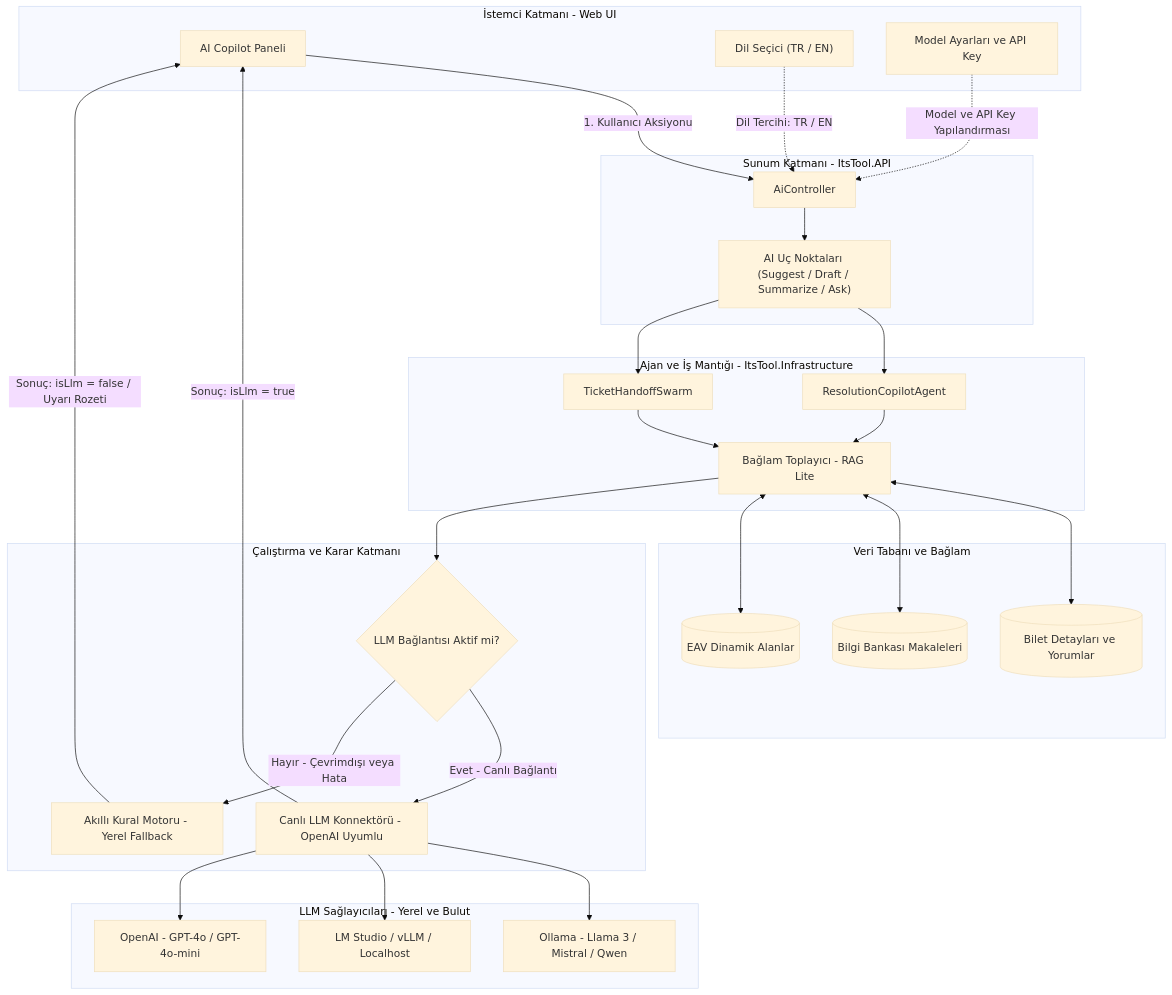
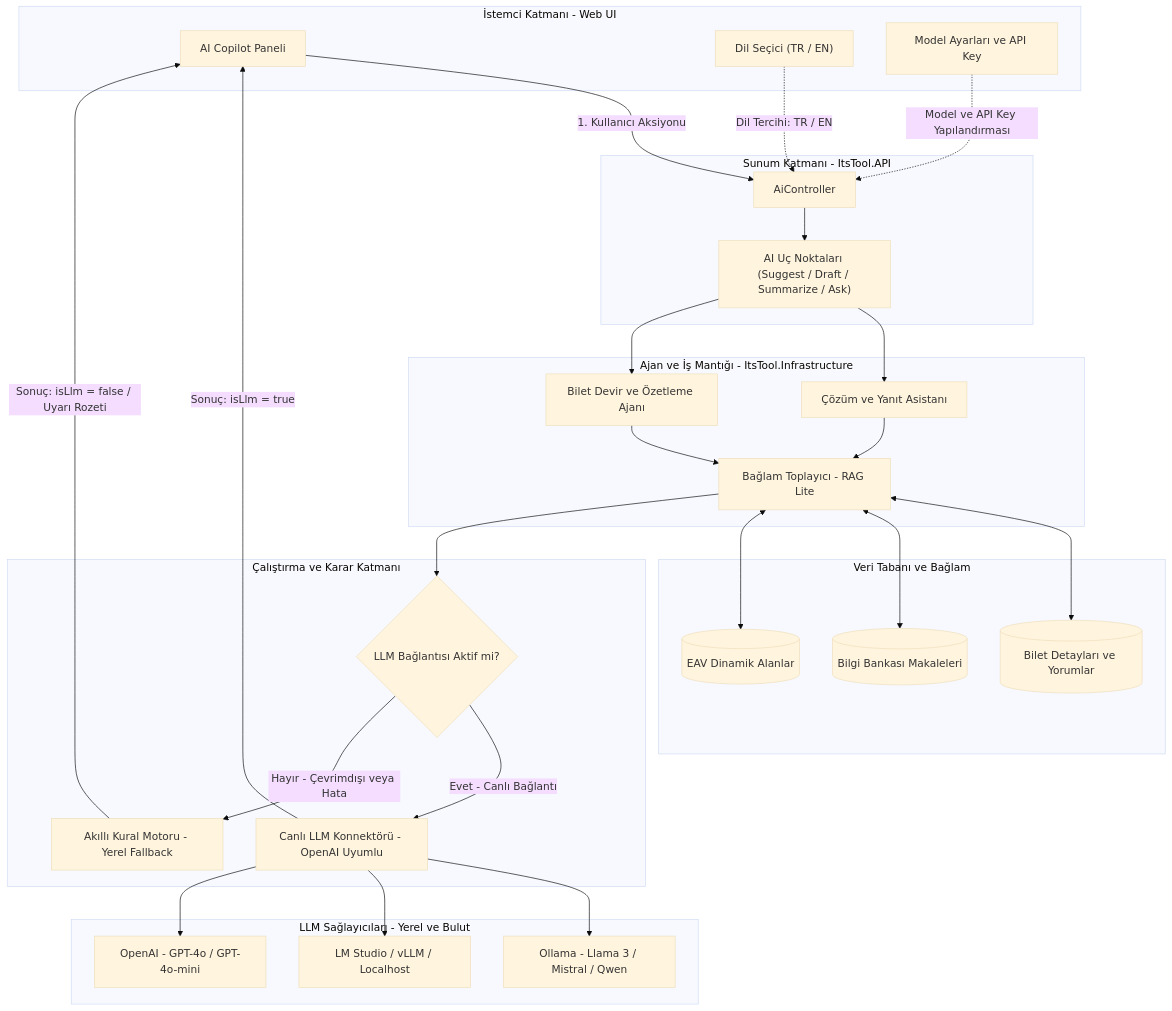
The second of 2 diagrams in README.md (Berkaybbayramoglu/dotnet-enterprise-itsm), drawn with Mermaid (base theme) before and after one commit. The commit also changed other lines of this file, not shown here.

````diff
--- a/README.md
+++ b/README.md
@@ -146,61 +146,61 @@
 ```mermaid
 flowchart TD
     subgraph Client ["İstemci Katmanı - Web UI"]
         Widget["AI Copilot Paneli"]
         LangSel["Dil Seçici (TR / EN)"]
         ModalSettings["Model Ayarları ve API Key"]
     end
 
     subgraph API ["Sunum Katmanı - ItsTool.API"]
         AiCtrl["AiController"]
         Endpoints["AI Uç Noktaları (Suggest / Draft / Summarize / Ask)"]
     end
 
     subgraph CoreAgents ["Ajan ve İş Mantığı - ItsTool.Infrastructure"]
-        Copilot["ResolutionCopilotAgent"]
-        HandoffSwarm["TicketHandoffSwarm"]
+        Copilot["Çözüm ve Yanıt Asistanı"]
+        HandoffSwarm["Bilet Devir ve Özetleme Ajanı"]
         ContextAggregator["Bağlam Toplayıcı - RAG Lite"]
     end
 
     subgraph DataContext ["Veri Tabanı ve Bağlam"]
         DB_Tickets[("Bilet Detayları ve Yorumlar")]
         DB_KB[("Bilgi Bankası Makaleleri")]
         DB_Custom[("EAV Dinamik Alanlar")]
     end
 
     subgraph ExecutionBridge ["Çalıştırma ve Karar Katmanı"]
         HealthCheck{"LLM Bağlantısı Aktif mi?"}
         LiveLLM["Canlı LLM Konnektörü - OpenAI Uyumlu"]
         HeuristicFallback["Akıllı Kural Motoru - Yerel Fallback"]
     end
 
     subgraph Providers ["LLM Sağlayıcıları - Yerel ve Bulut"]
         Ollama["Ollama - Llama 3 / Mistral / Qwen"]
         LMStudio["LM Studio / vLLM / Localhost"]
         OpenAI["OpenAI - GPT-4o / GPT-4o-mini"]
     end
 
     Widget -->|1. Kullanıcı Aksiyonu| AiCtrl
     LangSel -.->|Dil Tercihi: TR / EN| AiCtrl
     ModalSettings -.->|Model ve API Key Yapılandırması| AiCtrl
     AiCtrl --> Endpoints
     Endpoints --> Copilot
     Endpoints --> HandoffSwarm
 
     Copilot --> ContextAggregator
     HandoffSwarm --> ContextAggregator
     ContextAggregator <--> DB_Tickets
     ContextAggregator <--> DB_KB
     ContextAggregator <--> DB_Custom
 
     ContextAggregator --> HealthCheck
     HealthCheck -->|Evet - Canlı Bağlantı| LiveLLM
     HealthCheck -->|Hayır - Çevrimdışı veya Hata| HeuristicFallback
 
     LiveLLM --> Ollama
     LiveLLM --> LMStudio
     LiveLLM --> OpenAI
 
     LiveLLM -->|Sonuç: isLlm = true| Widget
     HeuristicFallback -->|Sonuç: isLlm = false / Uyarı Rozeti| Widget
 ```
````
